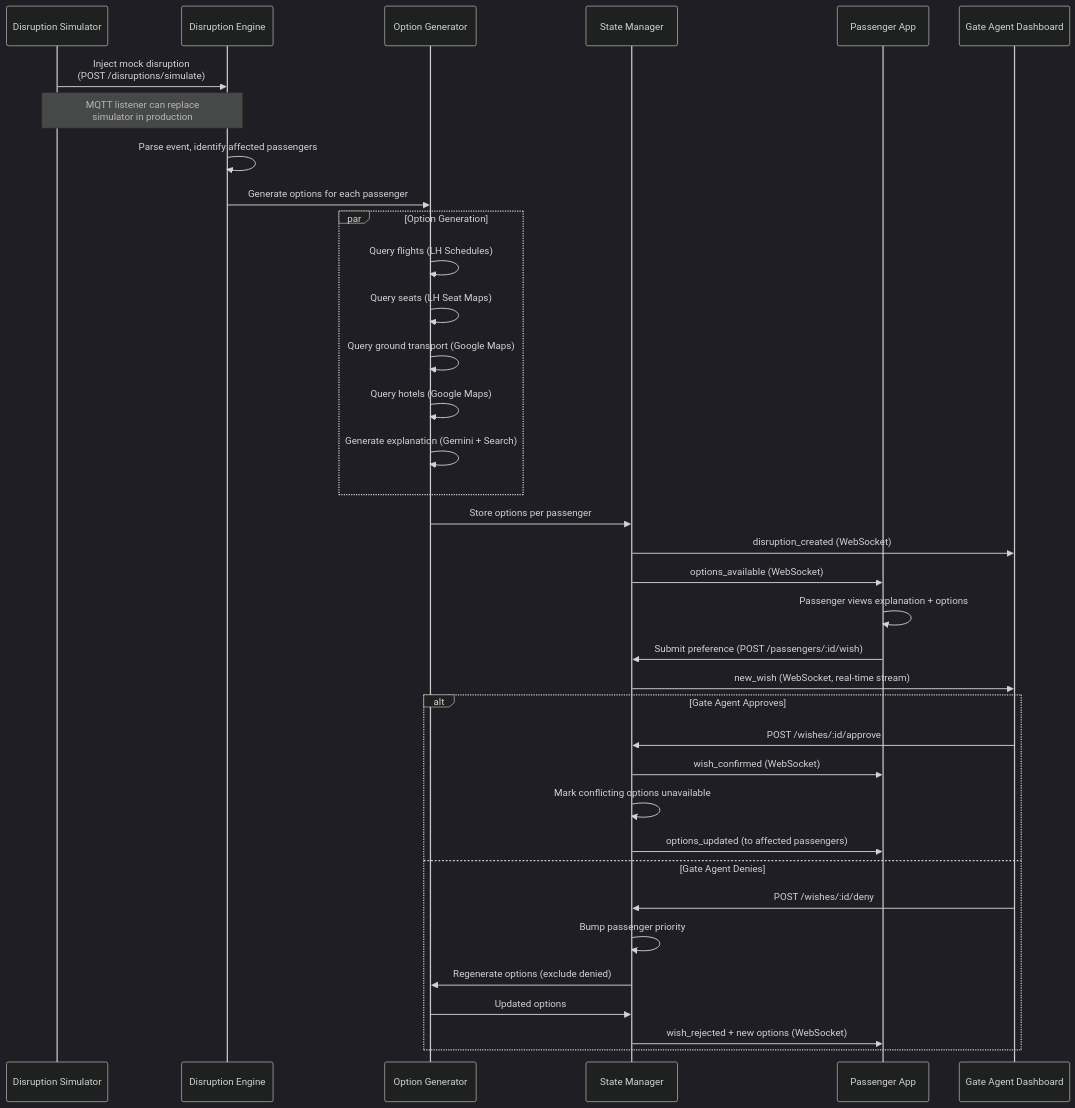
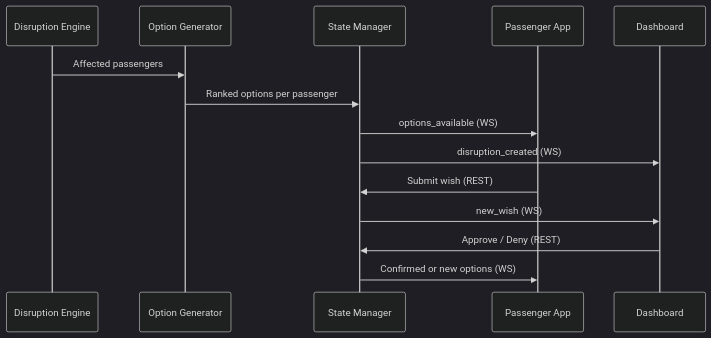
The third of 5 diagrams in deck/slides.md (sussdorff/soft-landing), drawn with Mermaid (dark theme) before and after one commit. The commit also changed other lines of this file, not shown here.

First line of the commit message:
docs: distill deck to concise overview, fix mermaid errors

````diff
--- a/deck/slides.md
+++ b/deck/slides.md
@@ -299,43 +90,17 @@
-```mermaid {scale: 0.48}
+```mermaid {scale: 0.65}
 sequenceDiagram
-    participant SIM as Disruption Simulator
     participant DE as Disruption Engine
     participant OG as Option Generator
     participant SM as State Manager
     participant PAX as Passenger App
-    participant GA as Gate Agent Dashboard
+    participant GA as Dashboard
 
-    SIM->>DE: Inject mock disruption<br/>(POST /disruptions/simulate)
-    Note over SIM,DE: MQTT listener can replace<br/>simulator in production
-
-    DE->>DE: Parse event, identify affected passengers
-    DE->>OG: Generate options for each passenger
-
-    par Option Generation
-        OG->>OG: Query flights (LH Schedules)
-        OG->>OG: Query seats (LH Seat Maps)
-        OG->>OG: Query ground transport (Google Maps)
-        OG->>OG: Query hotels (Google Maps)
-        OG->>OG: Generate explanation (Gemini + Search)
-    end
-
-    OG->>SM: Store options per passenger
-    SM->>GA: disruption_created (WebSocket)
-    SM->>PAX: options_available (WebSocket)
-    PAX->>PAX: Passenger views explanation + options
-    PAX->>SM: Submit preference (POST /passengers/:id/wish)
-    SM->>GA: new_wish (WebSocket, real-time stream)
-
-    alt Gate Agent Approves
-        GA->>SM: POST /wishes/:id/approve
-        SM->>PAX: wish_confirmed (WebSocket)
-        SM->>SM: Mark conflicting options unavailable
-        SM->>PAX: options_updated (to affected passengers)
-    else Gate Agent Denies
-        GA->>SM: POST /wishes/:id/deny
-        SM->>SM: Bump passenger priority
-        SM->>OG: Regenerate options (exclude denied)
-        OG->>SM: Updated options
-        SM->>PAX: wish_rejected + new options (WebSocket)
-    end
+    DE->>OG: Affected passengers
+    OG->>SM: Ranked options per passenger
+    SM->>PAX: options_available (WS)
+    SM->>GA: disruption_created (WS)
+    PAX->>SM: Submit wish (REST)
+    SM->>GA: new_wish (WS)
+    GA->>SM: Approve / Deny (REST)
+    SM->>PAX: Confirmed or new options (WS)
 ```
````
